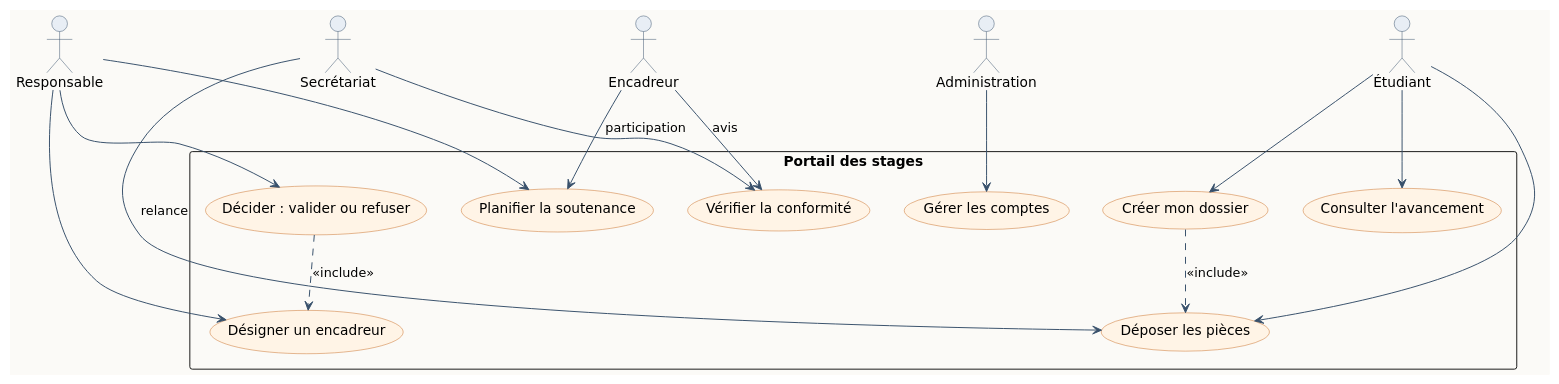
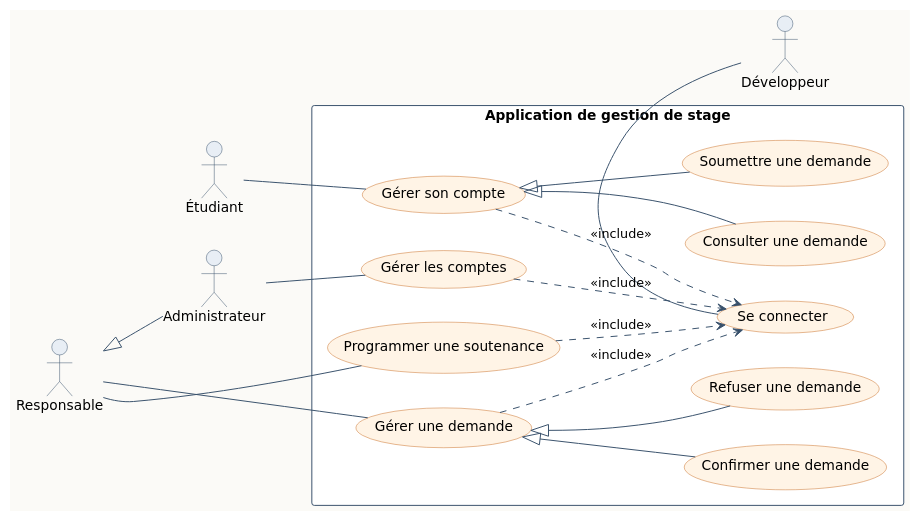
Before and after one commit to aspic36/tp-projet-info2: the diagram in tp3/cas_usage.puml, drawn with PlantUML. The commit also changed 8 other files, not shown here.

First line of the commit message:
tp3: diagramme de cas d'utilisation reconstruit et modele aligne

```diff
--- a/tp3/cas_usage.puml
+++ b/tp3/cas_usage.puml
@@ -1,47 +1,64 @@
 @startuml
-' Palette et disposition propres au projet — pas de copie d'un autre rendu
+' Diagramme de cas d'utilisation — reconstruit à l'identique du modèle tracé en classe
+' Système : « Application de gestion de stage »
+' Acteurs : Étudiant (haut gauche), Responsable (milieu gauche), Administrateur (bas
+' gauche, généralisation vers Responsable), Développeur (droite).
+' Se connecter est le cas transversal, inclus par les autres.
 skinparam backgroundColor #FBFAF7
 skinparam shadowing false
 skinparam defaultFontName "DejaVu Sans"
 skinparam arrowColor #38506B
 skinparam Actor {
   BorderColor #38506B
   BackgroundColor #E8EEF5
 }
 skinparam usecase {
   BorderColor #C96F28
   BackgroundColor #FFF4E6
 }
-top to bottom direction
+skinparam rectangle {
+  BorderColor #38506B
+  BackgroundColor #FFFFFF
+}
+left to right direction
 
 actor "Étudiant" as Etu
-actor "Secrétariat" as Sec
 actor "Responsable" as Resp
-actor "Encadreur" as Enc
-actor "Administration" as Admin
+actor "Administrateur" as Admin
+actor "Développeur" as Dev
 
-rectangle "Portail des stages" {
-  usecase "Créer mon dossier" as UC1
-  usecase "Déposer les pièces" as UC2
-  usecase "Consulter l'avancement" as UC3
-  usecase "Vérifier la conformité" as UC4
-  usecase "Décider : valider ou refuser" as UC5
-  usecase "Désigner un encadreur" as UC6
-  usecase "Planifier la soutenance" as UC7
-  usecase "Gérer les comptes" as UC8
+rectangle "Application de gestion de stage" {
+  usecase "Se connecter" as UCConnexion
+  usecase "Gérer son compte" as UCGererCompte
+  usecase "Soumettre une demande" as UCSoumettre
+  usecase "Consulter une demande" as UCConsulter
+  usecase "Gérer une demande" as UCGererDemande
+  usecase "Confirmer une demande" as UCConfirmer
+  usecase "Refuser une demande" as UCRefuser
+  usecase "Programmer une soutenance" as UCProgrammer
+  usecase "Gérer les comptes" as UCGererComptes
 }
 
-Etu --> UC1
-Etu --> UC2
-Etu --> UC3
-Sec --> UC4
-Sec --> UC2 : relance
-Resp --> UC5
-Resp --> UC6
-Resp --> UC7
-Enc --> UC4 : avis
-Enc --> UC7 : participation
-Admin --> UC8
-UC1 ..> UC2 : <<include>>
-UC5 ..> UC6 : <<include>>
+' --- associations acteur / cas d'utilisation (lignes pleines) ---
+Etu -- UCGererCompte
+Resp -- UCGererDemande
+Resp -- UCProgrammer
+Admin -- UCGererComptes
+UCConnexion -right- Dev
+
+' --- généralisation : l'administrateur est un responsable avec des droits étendus ---
+Resp <|-- Admin
+
+' --- ramification des deux cas principaux ---
+UCGererCompte <|-- UCSoumettre
+UCGererCompte <|-- UCConsulter
+UCGererDemande <|-- UCConfirmer
+UCGererDemande <|-- UCRefuser
+
+' --- inclusion : l'authentification est obligatoire dans chaque parcours ---
+UCGererCompte ..> UCConnexion : <<include>>
+UCGererDemande ..> UCConnexion : <<include>>
+UCProgrammer ..> UCConnexion : <<include>>
+UCGererComptes ..> UCConnexion : <<include>>
+
 @enduml
```
